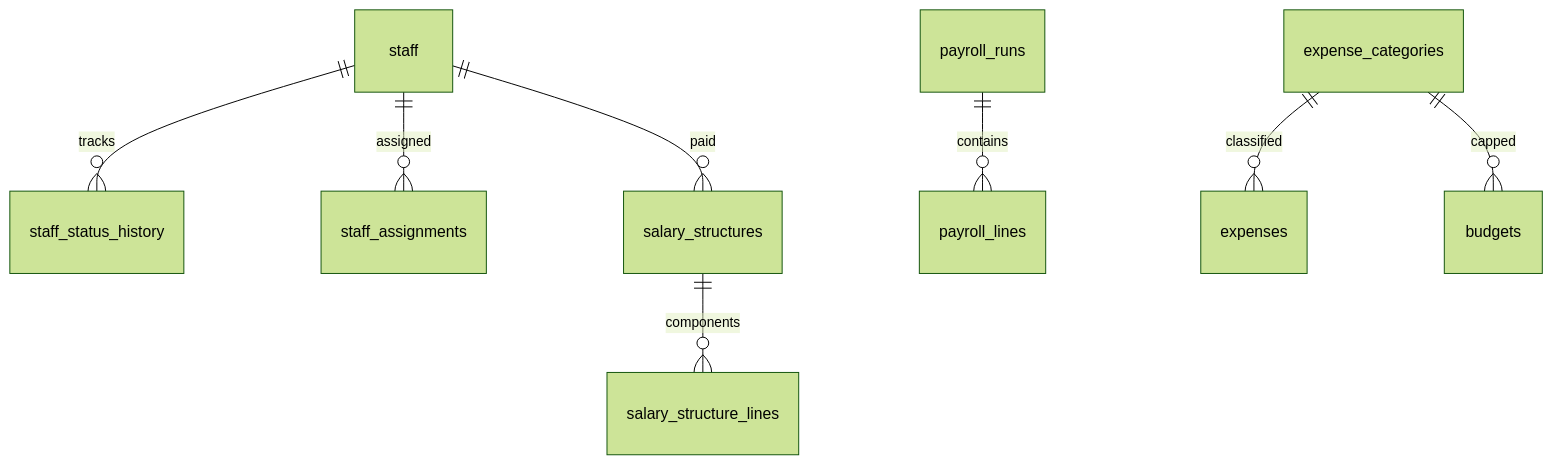
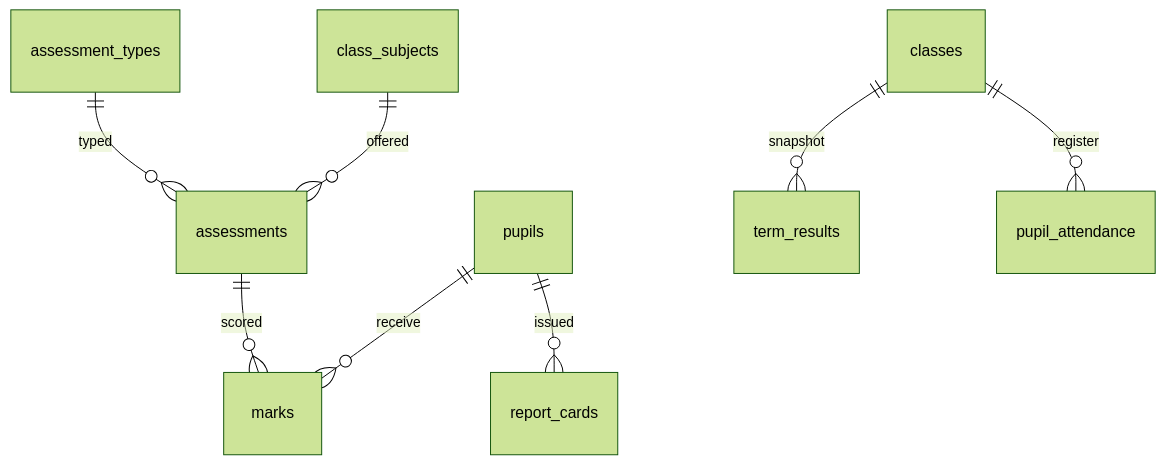
The diagram in docs/DATA_MODEL.md (arrey-johnson/school-management-system), drawn with Mermaid (forest theme) before and after one commit. The commit also changed other lines of this file and 24 other files, not shown here.

First line of the commit message:
feat: add assessments, ranking, report cards, and attendance

````diff
--- a/docs/DATA_MODEL.md
+++ b/docs/DATA_MODEL.md
@@ -5,10 +5,10 @@
 ```mermaid
 erDiagram
-  staff ||--o{ staff_status_history : tracks
-  staff ||--o{ staff_assignments : assigned
-  staff ||--o{ salary_structures : paid
-  salary_structures ||--o{ salary_structure_lines : components
-  payroll_runs ||--o{ payroll_lines : contains
-  expense_categories ||--o{ expenses : classified
-  expense_categories ||--o{ budgets : capped
+  assessment_types ||--o{ assessments : typed
+  assessments ||--o{ marks : scored
+  class_subjects ||--o{ assessments : offered
+  pupils ||--o{ marks : receive
+  classes ||--o{ term_results : snapshot
+  pupils ||--o{ report_cards : issued
+  classes ||--o{ pupil_attendance : register
 ```
````
